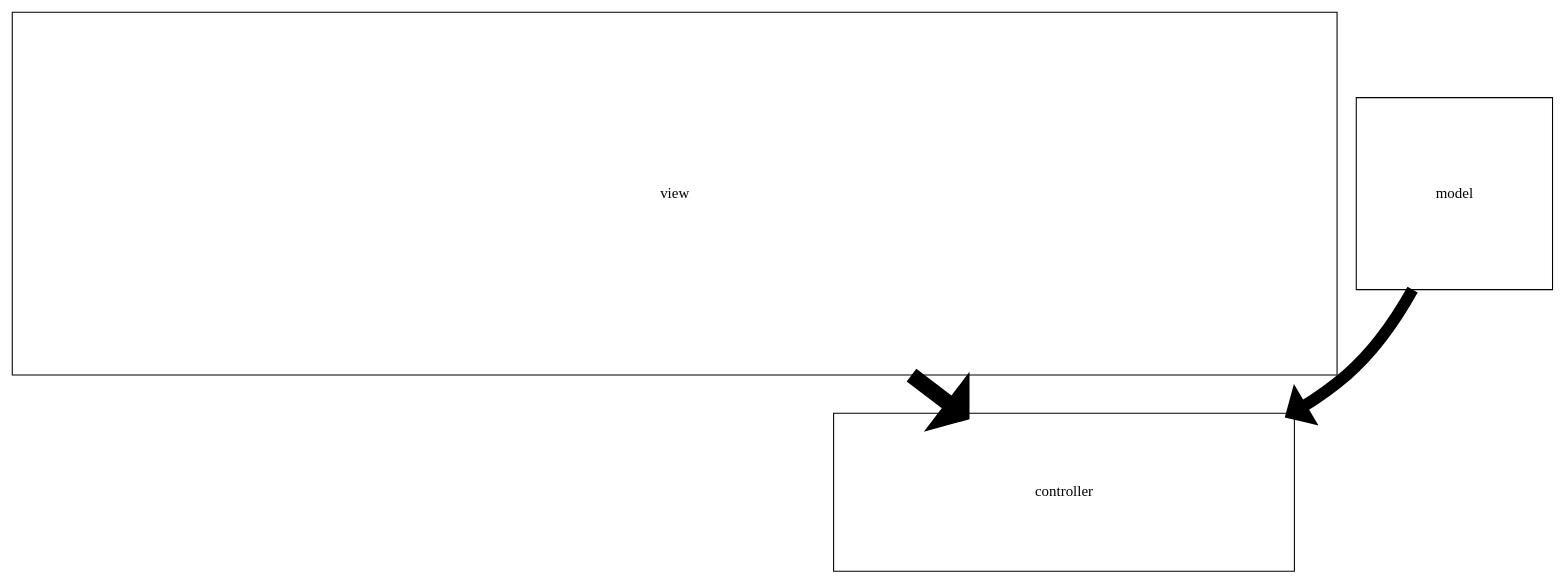
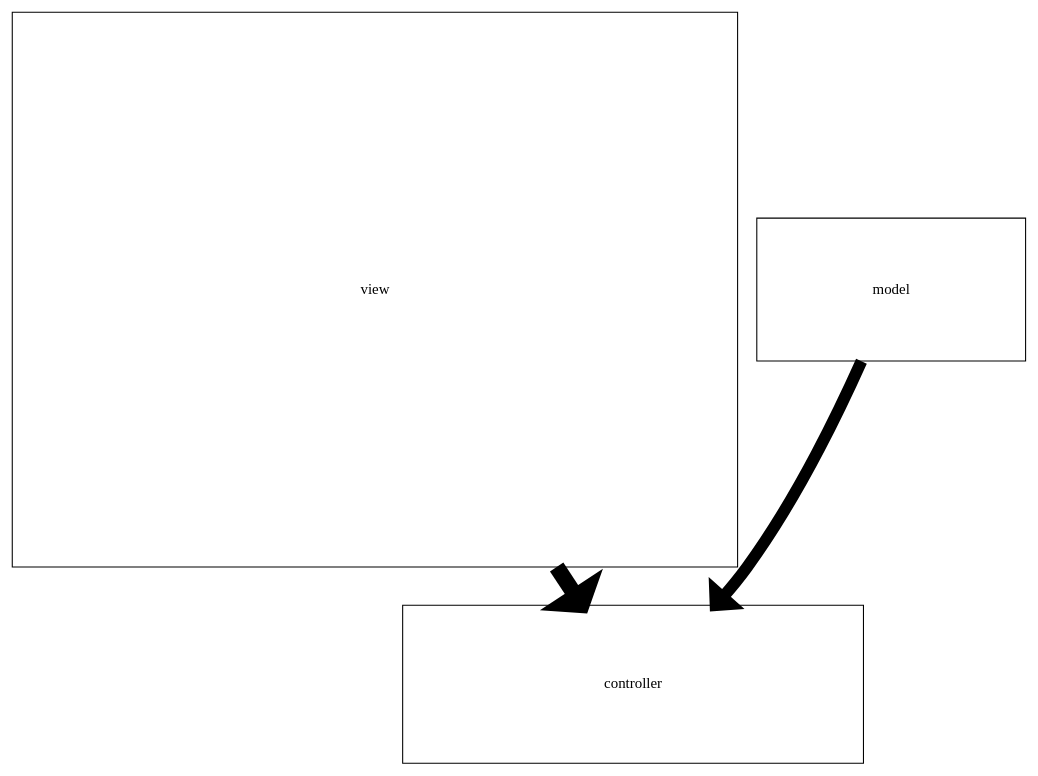
The diagram in protected/runtime/temp.dot (stefanrinderle/SoftViz3D), drawn with Graphviz before and after one commit. The commit also changed 1 other file, not shown here.

```diff
--- a/protected/runtime/temp.dot
+++ b/protected/runtime/temp.dot
@@ -1,7 +1,7 @@
 digraph G {
     controller [ shape=rectangle,width=6,height=2.05555555556,fixedsize=true,type="node" ];
-    view [ shape=rectangle,width=17.25,height=4.72222222222,fixedsize=true,type="node" ];
-    model [ shape=rectangle,width=2.55555555556,height=2.5,fixedsize=true,type="node" ];
+    view [ shape=rectangle,width=9.44444444444,height=7.22222222222,fixedsize=true,type="node" ];
+    model [ shape=rectangle,width=3.5,height=1.86111111111,fixedsize=true,type="node" ];
     view -> controller [ style="setlinewidth(15)",weight="setlinewidth(0.15)" ];
     model -> controller [ style="setlinewidth(11)",weight="setlinewidth(0.11)" ];
 }
```
